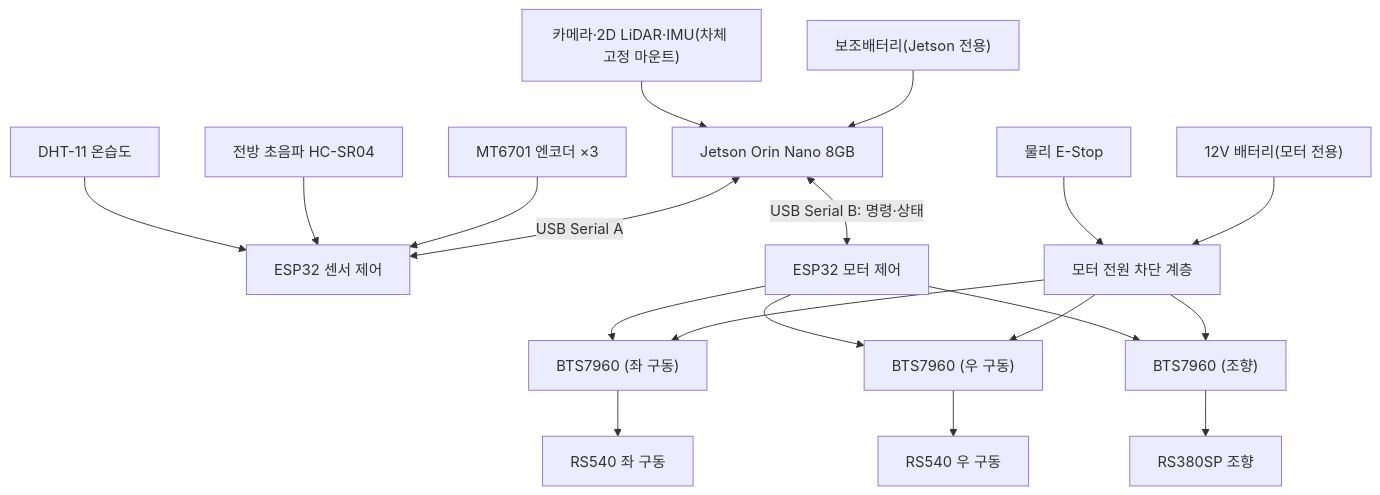
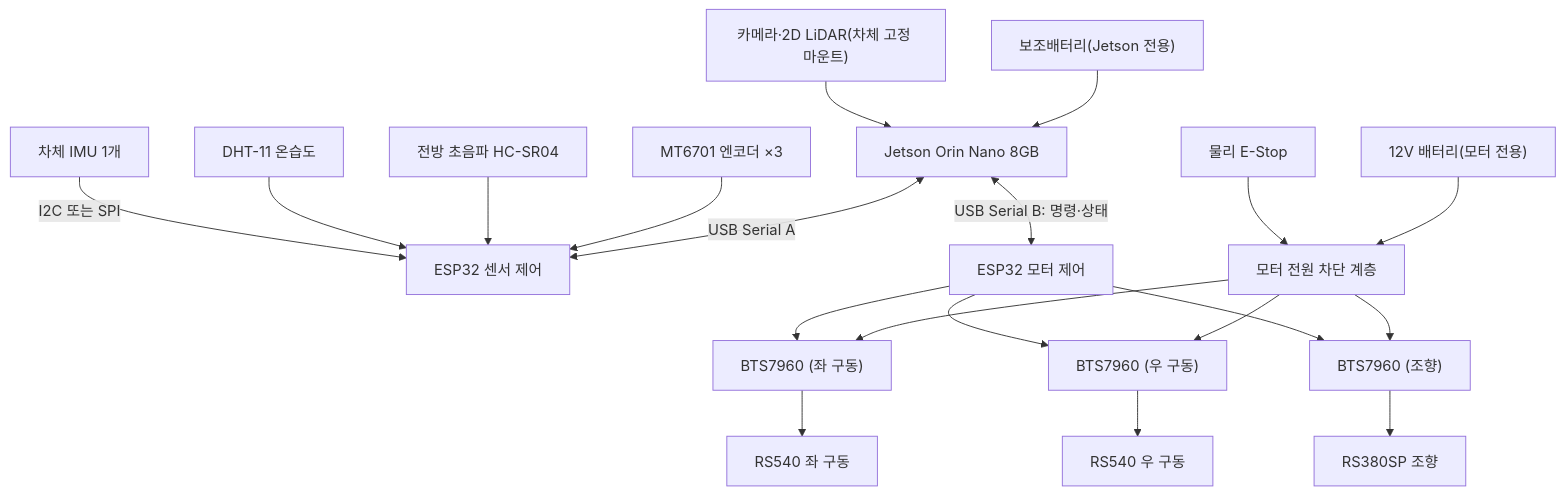
One commit to Common-AIOT/Sentinel-UGV changed the diagram in docs/02-하드웨어.md. Above: the diagram before and after it, drawn with Mermaid. The commit also changed other lines of this file and 10 other files, not shown here.

Commit message:
docs(docs): S15P11A301-176 IMU 센서 ESP32 연결 구조 반영

````diff
--- a/docs/02-하드웨어.md
+++ b/docs/02-하드웨어.md
@@ -94,21 +94,22 @@
 ```mermaid
 flowchart TB
-    sensors["카메라·2D LiDAR·IMU(차체 고정 마운트)"] --> jetson["Jetson Orin Nano 8GB"]
+    sensors["카메라·2D LiDAR(차체 고정 마운트)"] --> jetson["Jetson Orin Nano 8GB"]
+    imu["차체 IMU 1개"] -->|"I2C 또는 SPI"| esp32s
     environment["DHT-11 온습도"] --> esp32s["ESP32 센서 제어"]
     ultrasonic["전방 초음파 HC-SR04"] --> esp32s
     encoders["MT6701 엔코더 ×3"] --> esp32s
     jetson <-->|"USB Serial A"| esp32s
     jetson <-->|"USB Serial B: 명령·상태"| esp32m["ESP32 모터 제어"]
     esp32m --> driverL["BTS7960 (좌 구동)"]
     esp32m --> driverR["BTS7960 (우 구동)"]
     esp32m --> driverS["BTS7960 (조향)"]
     driverL --> motorL["RS540 좌 구동"]
     driverR --> motorR["RS540 우 구동"]
     driverS --> motorS["RS380SP 조향"]
     estop["물리 E-Stop"] --> power["모터 전원 차단 계층"]
     power --> driverL
     power --> driverR
     power --> driverS
     battM["12V 배터리(모터 전용)"] --> power
     battJ["보조배터리(Jetson 전용)"] --> jetson
 ```
````
